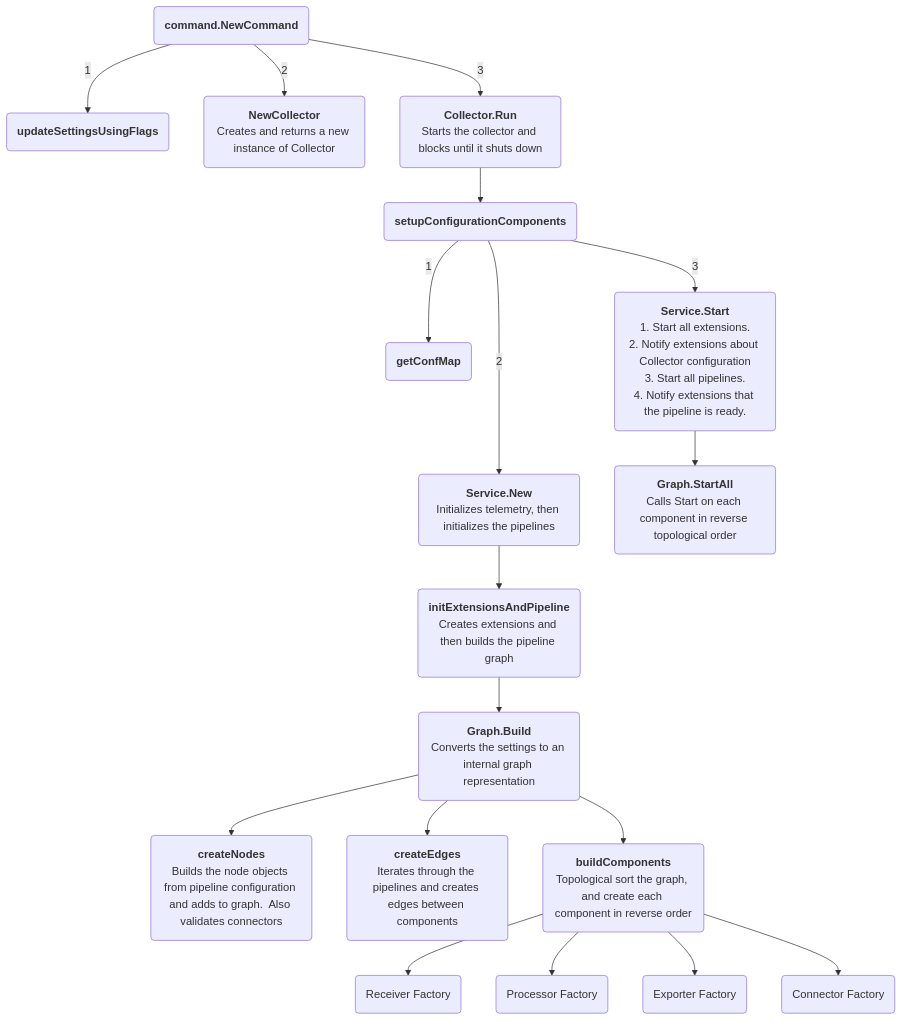
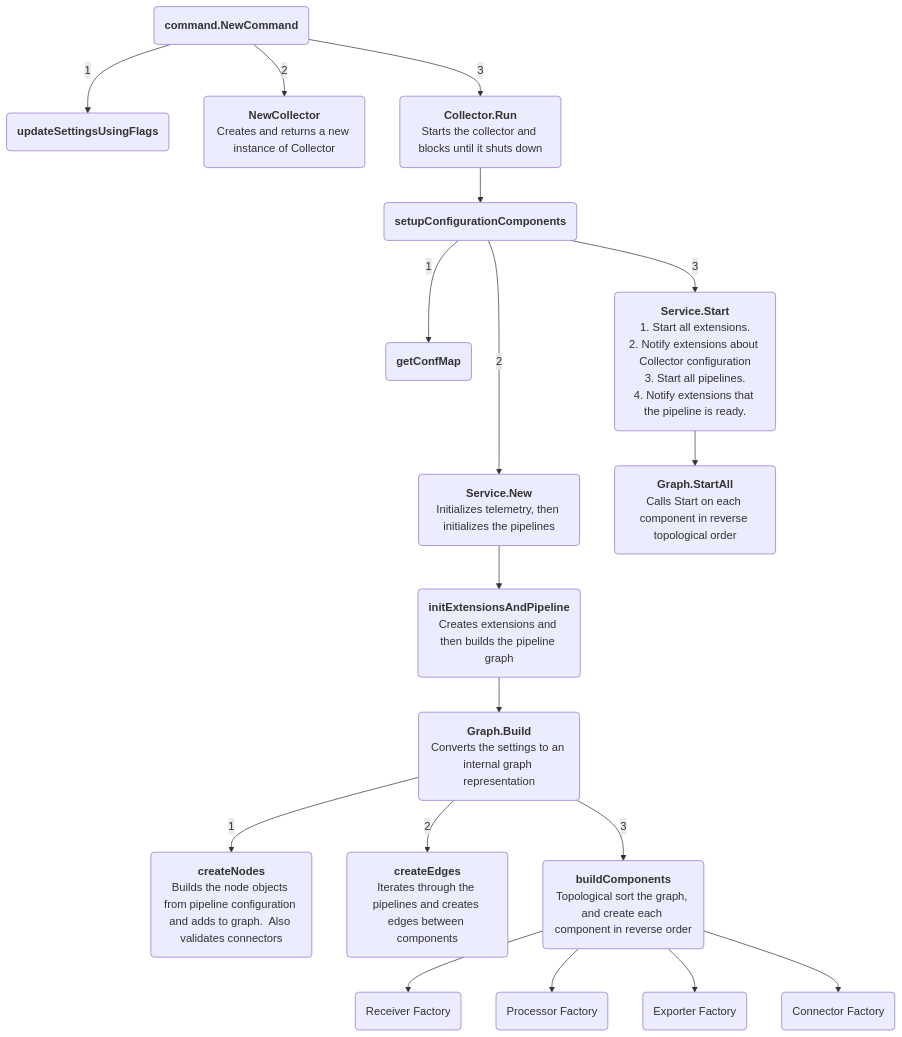
The diagram in docs/internal-architecture.md (open-telemetry/opentelemetry-collector), drawn with Mermaid before and after one commit. The commit also changed other lines of this file and 1 other file, not shown here.

````diff
--- a/docs/internal-architecture.md
+++ b/docs/internal-architecture.md
@@ -6,31 +8,31 @@
 ```mermaid
 flowchart TD
     A("`**command.NewCommand**`") -->|1| B("`**updateSettingsUsingFlags**`")
     A --> |2| C("`**NewCollector**
     Creates and returns a new instance of Collector`")
     A --> |3| D("`**Collector.Run**
     Starts the collector and blocks until it shuts down`")
     D --> E("`**setupConfigurationComponents**`")
     E -->  |1| F("`**getConfMap**`")
     E ---> |2| G("`**Service.New**
      Initializes telemetry, then initializes the pipelines`")
     E --> |3| Q("`**Service.Start**
     1. Start all extensions.
     2. Notify extensions about Collector configuration
     3. Start all pipelines.
     4. Notify extensions that the pipeline is ready.
     `")
     Q --> R("`**Graph.StartAll**
     Calls Start on each component in reverse topological order`")
     G --> H("`**initExtensionsAndPipeline**
      Creates extensions and then builds the pipeline graph`")
     H --> I("`**Graph.Build**
      Converts the settings to an internal graph representation`")
-    I --> J("`**createNodes**
+    I --> |1| J("`**createNodes**
      Builds the node objects from pipeline configuration and adds to graph.  Also validates connectors`")
-    I --> K("`**createEdges**
+    I --> |2| K("`**createEdges**
      Iterates through the pipelines and creates edges between components`")
-    I --> L("`**buildComponents**
+    I --> |3| L("`**buildComponents**
      Topological sort the graph, and create each component in reverse order`")
     L --> M(Receiver Factory) & N(Processor Factory) & O(Exporter Factory) & P(Connector Factory)
 ```
````
